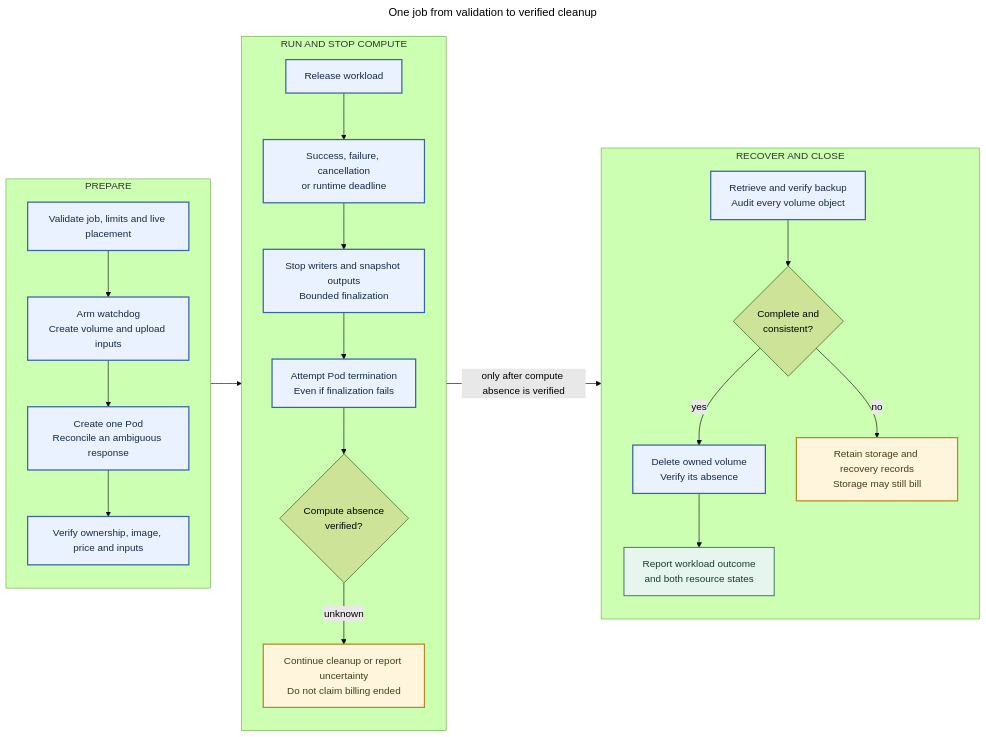
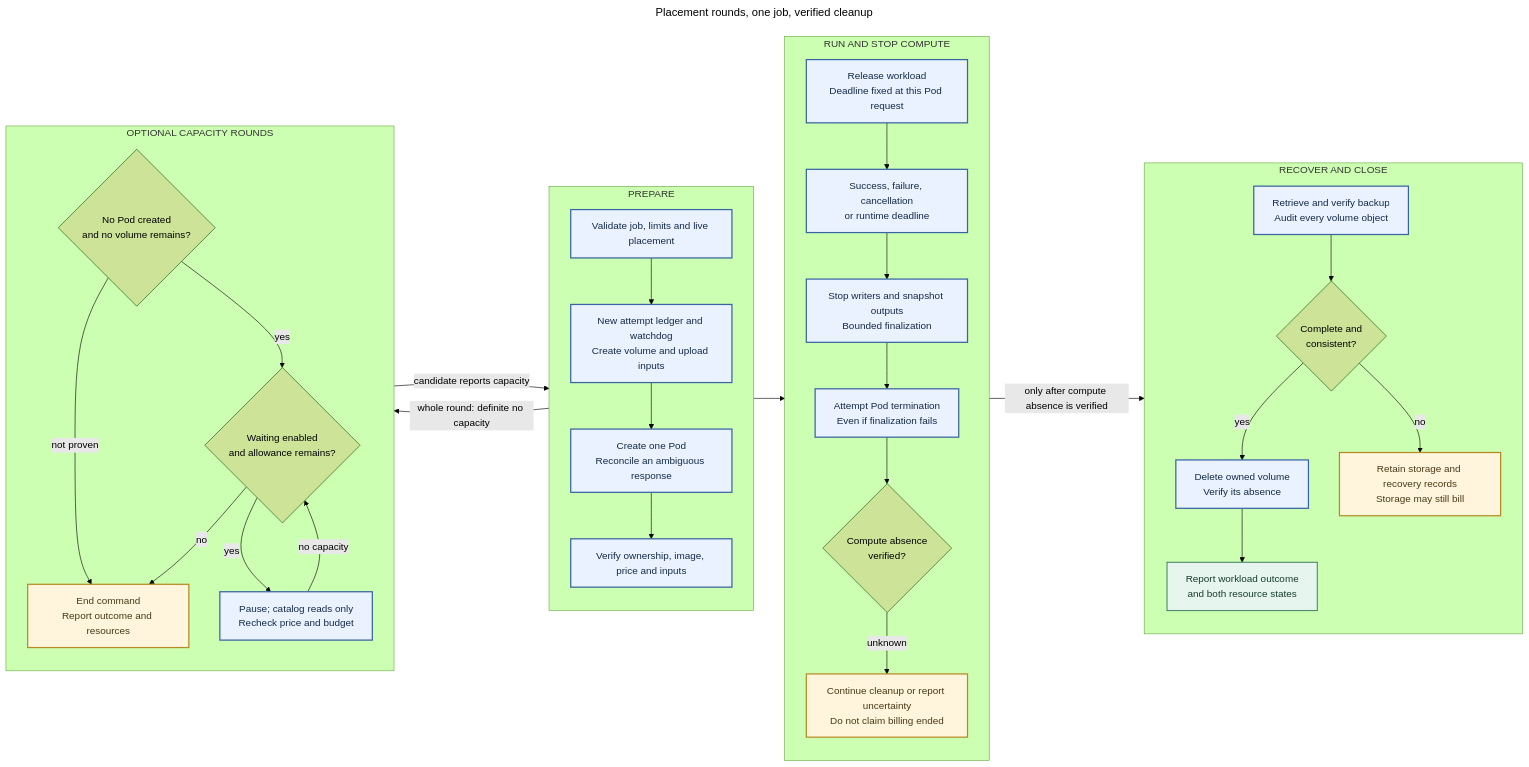
The diagram in docs/diagrams/02-job-lifecycle.mmd (PolaronQuasi/podvigil), drawn with Mermaid (forest theme) before and after one commit. The commit also changed 17 other files, not shown here.

Commit message:
Update diagrams and guides for job and capacity waiting

```diff
--- a/docs/diagrams/02-job-lifecycle.mmd
+++ b/docs/diagrams/02-job-lifecycle.mmd
@@ -1,43 +1,55 @@
 ---
-title: One job from validation to verified cleanup
+title: Placement rounds, one job, verified cleanup
 ---
 flowchart LR
   accTitle: PodVigil job lifecycle
-  accDescr: Validate the job before spending. Arm the watchdog, create owned storage and upload inputs, then create a single Secure Cloud Pod and verify its identity. Job completion, failure, cancellation or the runtime deadline starts finalization and compute cleanup. Retrieve results after compute absence is proven. Delete storage only after verified complete backup; otherwise retain it and report billing uncertainty.
+  accDescr: Validate each attempt before spending. Optional additional capacity rounds require a definite no-capacity answer and proof that no Pod was created and no volume remains. Between rounds, poll the catalog without creating storage or uploading inputs. Each real attempt keeps a separate ledger. Arm the watchdog, create owned storage and upload inputs, then create one Secure Cloud Pod and verify its identity. Its runtime starts at its own Pod request. Finalize and stop compute before retrieving results. Delete storage only after verified complete backup; otherwise retain it and report billing uncertainty.
 
   subgraph PREPARE["PREPARE"]
     direction TB
-    PLAN["Validate job, limits and live placement"] --> PREP["Arm watchdog<br/>Create volume and upload inputs"]
+    PLAN["Validate job, limits and live placement"] --> PREP["New attempt ledger and watchdog<br/>Create volume and upload inputs"]
     PREP --> CREATE["Create one Pod<br/>Reconcile an ambiguous response"]
     CREATE --> VERIFY["Verify ownership, image, price and inputs"]
   end
 
+  subgraph CAPACITY["OPTIONAL CAPACITY ROUNDS"]
+    direction TB
+    EMPTY{"No Pod created<br/>and no volume remains?"}
+    EMPTY -->|"yes"| AGAIN{"Waiting enabled<br/>and allowance remains?"}
+    EMPTY -->|"not proven"| STOP["End command<br/>Report outcome and resources"]
+    AGAIN -->|"no"| STOP
+    AGAIN -->|"yes"| POLL["Pause; catalog reads only<br/>Recheck price and budget"]
+    POLL -->|"no capacity"| AGAIN
+  end
+
   subgraph EXECUTE["RUN AND STOP COMPUTE"]
     direction TB
-    RUN["Release workload"]
+    RUN["Release workload<br/>Deadline fixed at this Pod request"]
     RUN --> END["Success, failure, cancellation<br/>or runtime deadline"]
     END --> SNAP["Stop writers and snapshot outputs<br/>Bounded finalization"]
     SNAP --> DELETE["Attempt Pod termination<br/>Even if finalization fails"]
     DELETE --> ABSENT{"Compute absence<br/>verified?"}
     ABSENT -->|"unknown"| UNKNOWN["Continue cleanup or report uncertainty<br/>Do not claim billing ended"]
   end
 
   subgraph RECOVERY["RECOVER AND CLOSE"]
     direction TB
     RECOVER["Retrieve and verify backup<br/>Audit every volume object"]
     RECOVER --> COMPLETE{"Complete and<br/>consistent?"}
     COMPLETE -->|"yes"| STORAGE["Delete owned volume<br/>Verify its absence"]
     COMPLETE -->|"no"| KEEP["Retain storage and recovery records<br/>Storage may still bill"]
     STORAGE --> DONE["Report workload outcome<br/>and both resource states"]
   end
 
   PREPARE --> EXECUTE
+  PREPARE -->|"whole round: definite no capacity"| CAPACITY
+  CAPACITY -->|"candidate reports capacity"| PREPARE
   EXECUTE -->|"only after compute absence is verified"| RECOVERY
 
   classDef primary fill:#eaf2ff,stroke:#3864a2,color:#142b49,stroke-width:2px;
   classDef store fill:#e7f5ef,stroke:#35745d,color:#163c2f,stroke-width:1.5px;
   classDef caution fill:#fff5dc,stroke:#b58a25,color:#483a18,stroke-width:2px;
 
-  class PLAN,PREP,CREATE,VERIFY,RUN,END,SNAP,DELETE,RECOVER,STORAGE primary;
+  class PLAN,PREP,CREATE,VERIFY,POLL,RUN,END,SNAP,DELETE,RECOVER,STORAGE primary;
   class DONE store;
-  class UNKNOWN,KEEP caution;
+  class UNKNOWN,KEEP,STOP caution;
```
